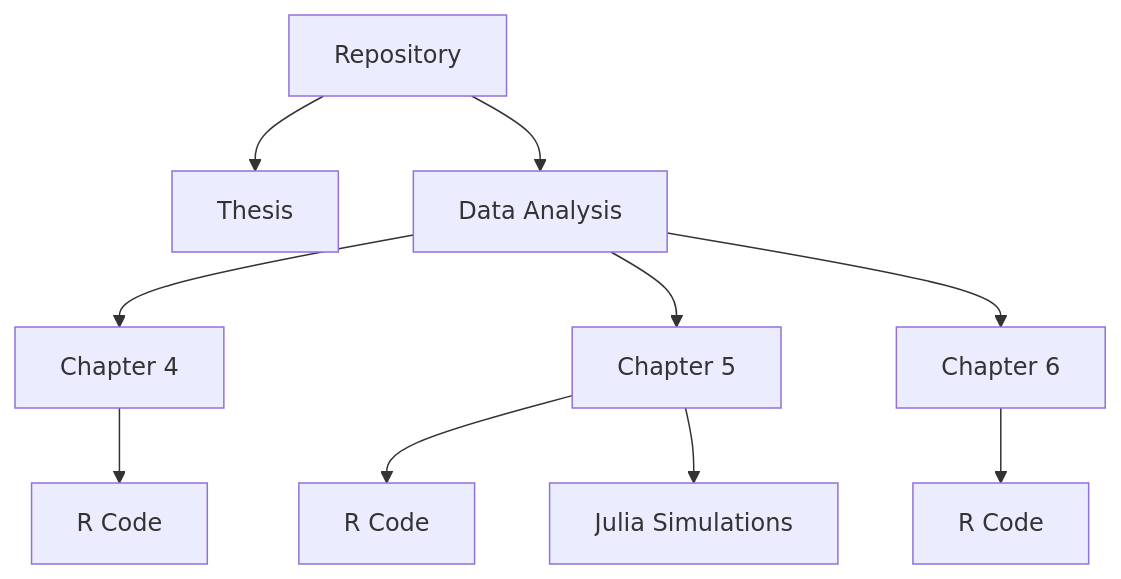
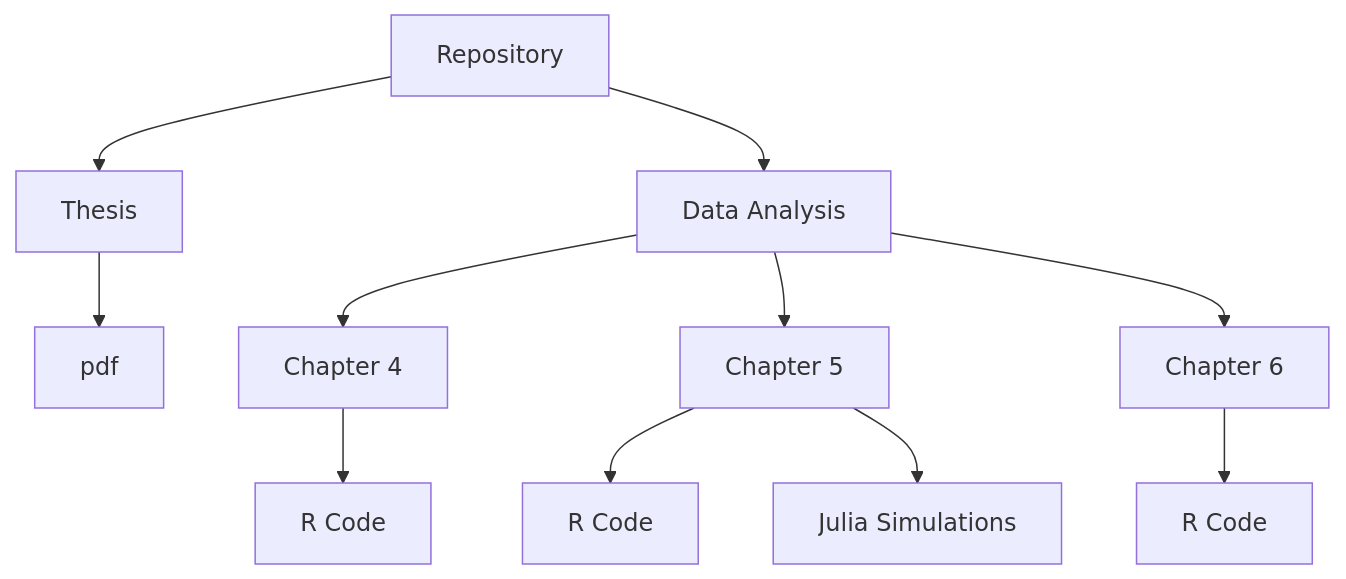
The diagram in README.md (Raquel-Montero/PhDThesis), drawn with Mermaid before and after one commit.

````diff
--- a/README.md
+++ b/README.md
@@ -6,12 +6,13 @@
 ```mermaid
 graph TD;
     A[Repository] -->B[Thesis];
+    B[Thesis] -->B1[pdf];
     A[Repository]-->C[Data Analysis];
     C[Data Analysis] --> D[Chapter 4];
     D[Chapter 4] --> D1[R Code];
     C[Data Analysis] --> E[Chapter 5];
     E[Chapter 5] --> E1[R Code];
     E[Chapter 5] --> E2[Julia Simulations];
     C[Data Analysis] --> F[Chapter 6];
     F[Chapter 6] --> F1[R Code];
 ```
````
